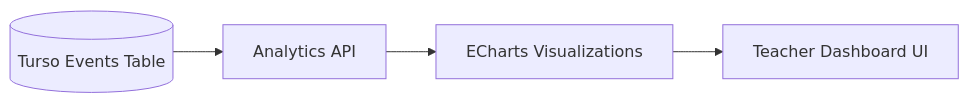
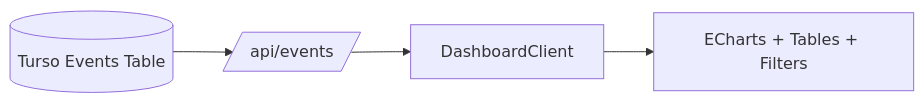
One commit to epatter1/promptshield-live changed the second of 3 diagrams in README.md. Above: the diagram before and after it, drawn with Mermaid. The commit also changed other lines of this file, not shown here.

````diff
--- a/README.md
+++ b/README.md
@@ -160,7 +129,7 @@
 ```mermaid
 flowchart LR
     A[(Turso Events Table)]
-    A --> B[Analytics API]
-    B --> C[ECharts Visualizations]
-    C --> D[Teacher Dashboard UI]
+    A --> B[/api/events/]
+    B --> C[DashboardClient]
+    C --> D[ECharts + Tables + Filters]
 ```
````
